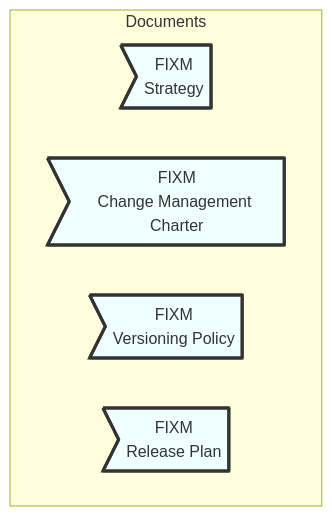
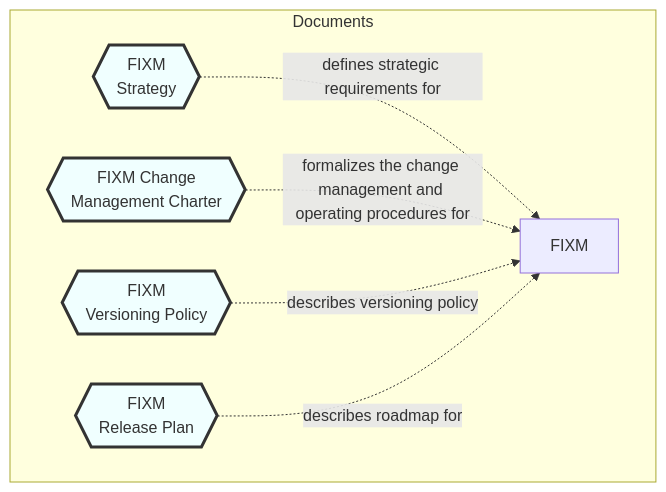
One commit to hlepori/test_docsify changed the diagram in docs/home.md. Above: the diagram before and after it, drawn with Mermaid.

````diff
--- a/docs/home.md
+++ b/docs/home.md
@@ -5,17 +5,23 @@
 ```mermaid
 graph TD
 
 subgraph Documents
-STRATEGY>FIXM<br>Strategy]
-CHARTER>FIXM<br>Change Management Charter]
-VERSIONING>FIXM<br>Versioning Policy]
-RELEASEPLAN>FIXM<br>Release Plan]
+STRATEGY{{FIXM<br>Strategy}}
+CHARTER{{FIXM Change<br>Management Charter}}
+VERSIONING{{FIXM<br>Versioning Policy}}
+RELEASEPLAN{{FIXM<br>Release Plan}}
+FIXM
 end
+
+STRATEGY-. defines strategic requirements for .-> FIXM
+CHARTER-.  formalizes the change management and operating procedures for .-> FIXM
+VERSIONING-. describes versioning policy .-> FIXM
+RELEASEPLAN-. describes roadmap for .-> FIXM
 
 style STRATEGY fill:#F0FFFF,stroke:#333,stroke-width:3px
 style CHARTER fill:#F0FFFF,stroke:#333,stroke-width:3px
 style VERSIONING fill:#F0FFFF,stroke:#333,stroke-width:3px
 style RELEASEPLAN fill:#F0FFFF,stroke:#333,stroke-width:3px
 
 click STRATEGY "https://ost.eurocontrol.int/sites/FIXM/Lists/Bug%20reports/AllItems.aspx" "Go to the FIXM Strategy" _blank
 ```
````
